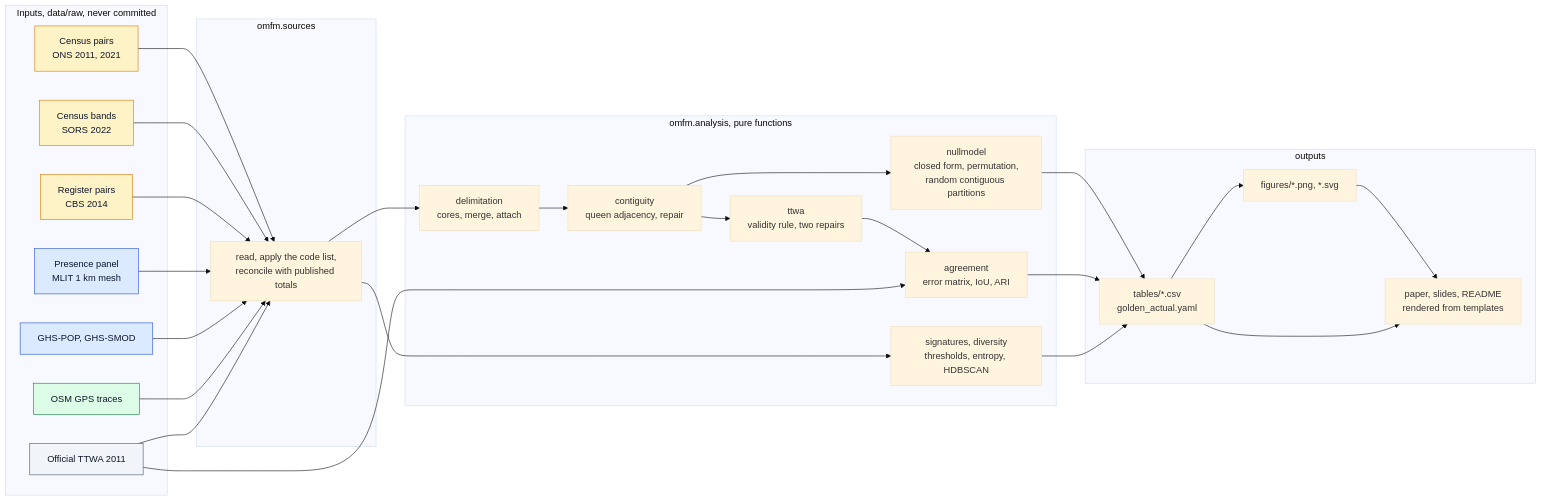
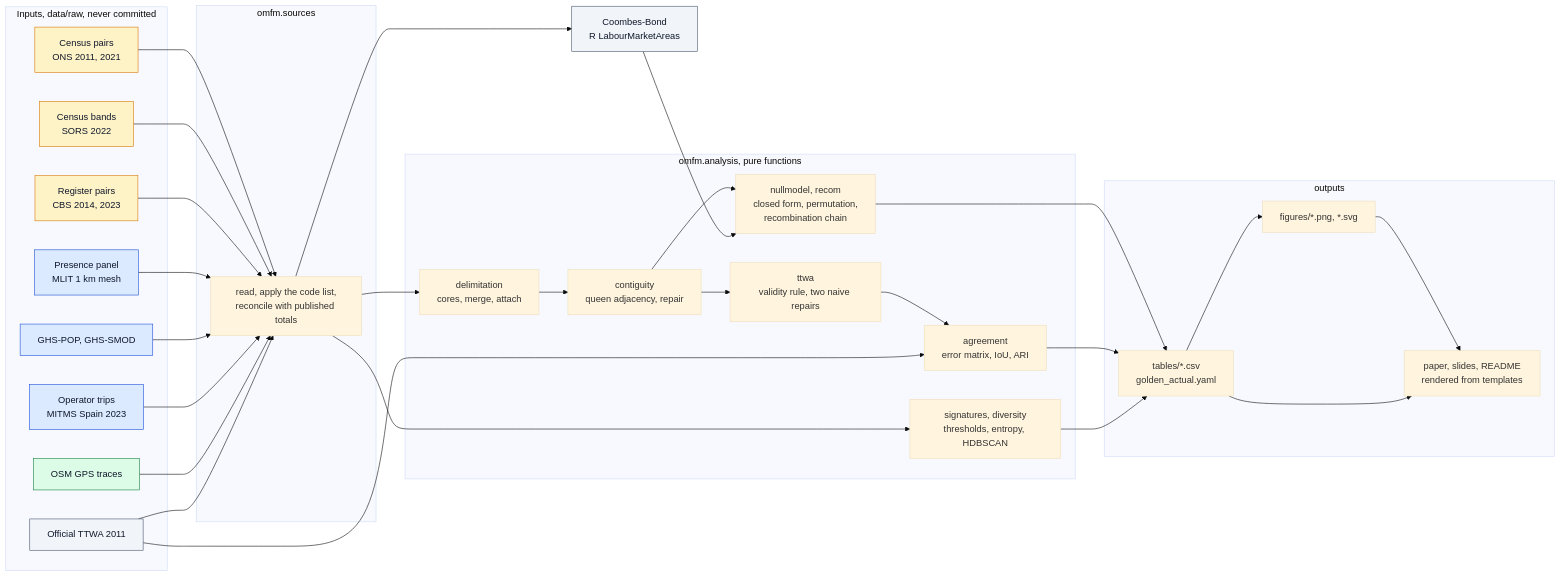
Before and after one commit to m-erts/urban-functional-maps: the diagram in README.md, drawn with Mermaid (base theme). The commit also changed other lines of this file and 94 other files, not shown here.

First line of the commit message:
Revise after two reviews: Coombes-Bond, recombination null, Netherlands 2023, Spain

````diff
--- a/README.md
+++ b/README.md
@@ -66,38 +79,40 @@
 ```mermaid
 flowchart LR
   subgraph IN[Inputs, data/raw, never committed]
     C1[Census pairs<br/>ONS 2011, 2021]:::census
     C2[Census bands<br/>SORS 2022]:::census
-    C3[Register pairs<br/>CBS 2014]:::census
+    C3[Register pairs<br/>CBS 2014, 2023]:::census
+    E3[Operator trips<br/>MITMS Spain 2023]:::eurostat
     E1[Presence panel<br/>MLIT 1 km mesh]:::eurostat
     E2[GHS-POP, GHS-SMOD]:::eurostat
     O1[OSM GPS traces]:::osm
     R1[Official TTWA 2011]:::ref
   end
   subgraph SRC[omfm.sources]
     S1[read, apply the code list,<br/>reconcile with published totals]
   end
   subgraph AN[omfm.analysis, pure functions]
     A1[delimitation<br/>cores, merge, attach]
     A2[contiguity<br/>queen adjacency, repair]
-    A3[nullmodel<br/>closed form, permutation,<br/>random contiguous partitions]
-    A4[ttwa<br/>validity rule, two repairs]
+    A3[nullmodel, recom<br/>closed form, permutation,<br/>recombination chain]
+    A4[ttwa<br/>validity rule, two naive repairs]
     A5[agreement<br/>error matrix, IoU, ARI]
     A6[signatures, diversity<br/>thresholds, entropy, HDBSCAN]
   end
   subgraph OUT[outputs]
     T[tables/*.csv<br/>golden_actual.yaml]
     F[figures/*.png, *.svg]
     D[paper, slides, README<br/>rendered from templates]
   end
-  C1 & C2 & C3 & E1 & E2 & O1 & R1 --> S1 --> A1 --> A2 --> A3
+  C1 & C2 & C3 & E1 & E2 & E3 & O1 & R1 --> S1 --> A1 --> A2 --> A3
+  S1 --> L1[Coombes-Bond<br/>R LabourMarketAreas]:::ref --> A3
   A2 --> A4 --> A5
   R1 --> A5
   S1 --> A6
   A3 & A5 & A6 --> T --> F --> D
   T --> D
   classDef census fill:#FEF3C7,stroke:#D97706,color:#0F172A;
   classDef eurostat fill:#DBEAFE,stroke:#1D4ED8,color:#0F172A;
   classDef osm fill:#DCFCE7,stroke:#15803D,color:#0F172A;
   classDef ref fill:#F1F5F9,stroke:#475569,color:#0F172A;
 ```
````
